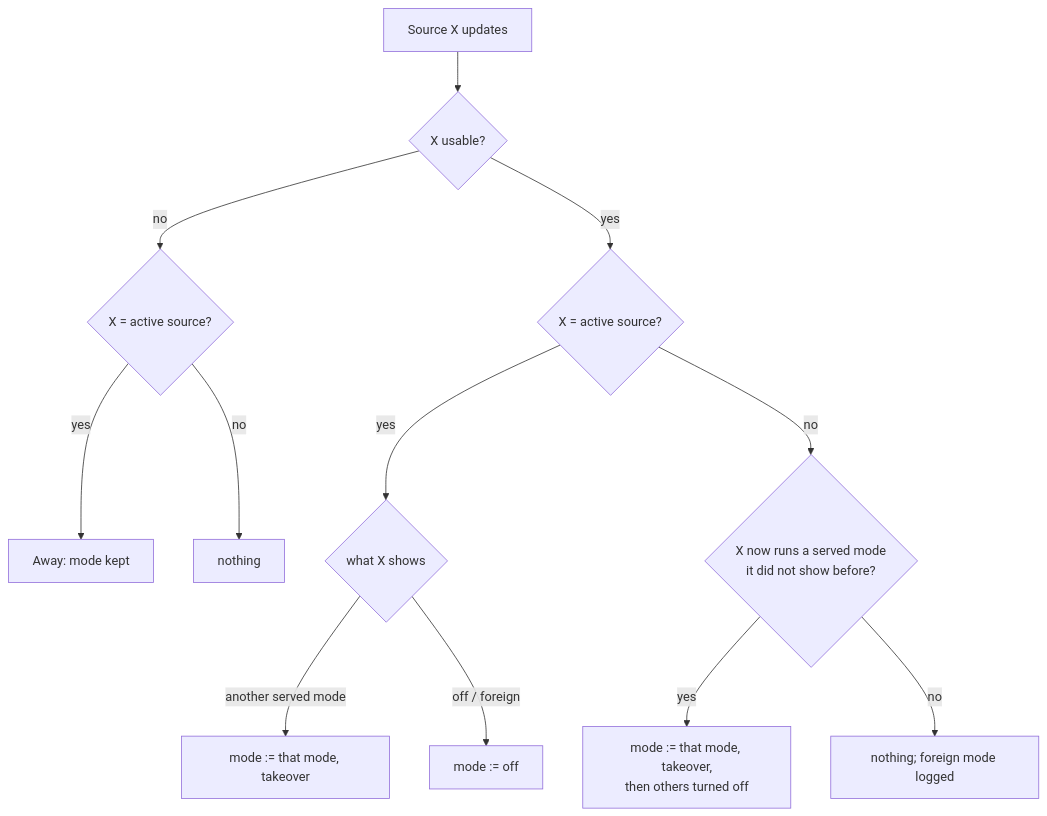
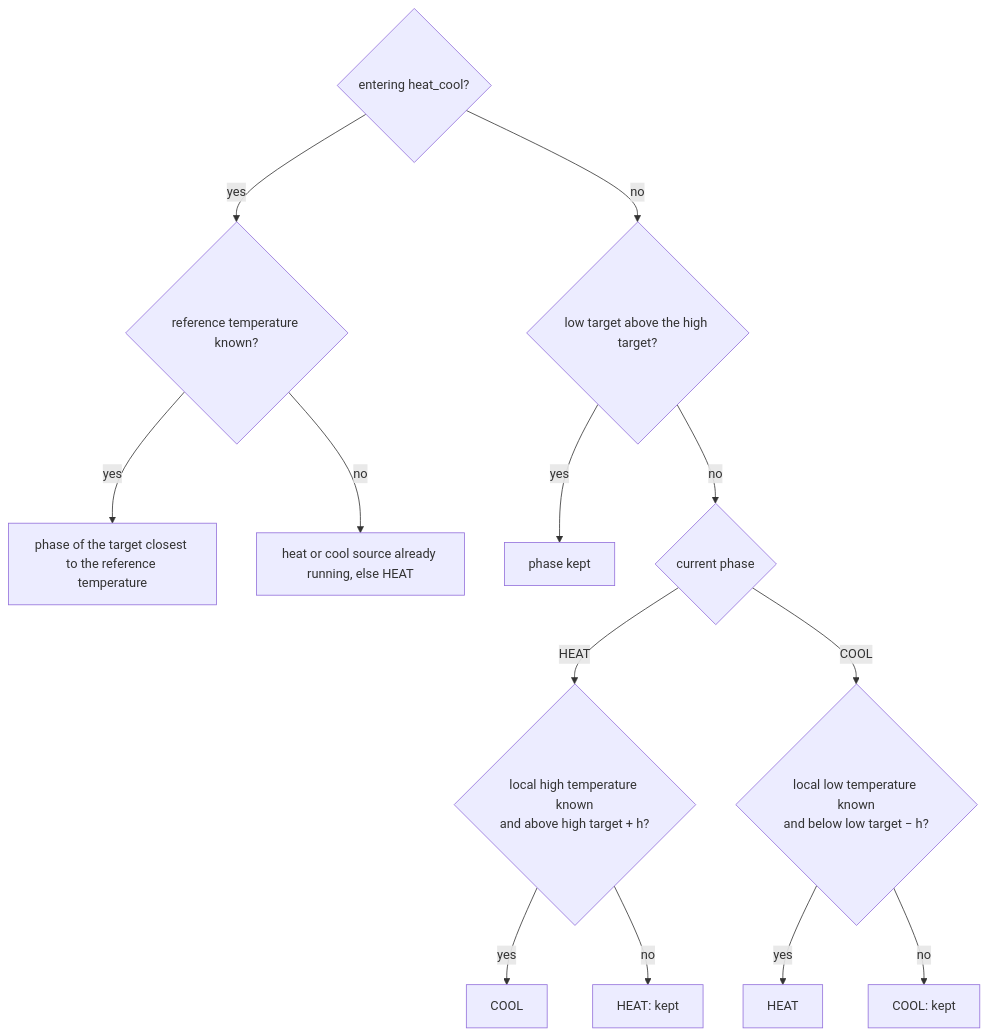
Before and after one commit to marsoupilami25/adaptative-climate: the tenth of 16 diagrams in SPEC.md, drawn with Mermaid. The commit also changed other lines of this file, not shown here.

Commit message:
spec phase 2

````diff
--- a/SPEC.md
+++ b/SPEC.md
@@ -921,14 +982,16 @@
 ```mermaid
 flowchart TD
-    U[Source X updates] --> A{X usable?}
-    A -- no --> A1{X = active source?}
-    A1 -- yes --> AW[Away: mode kept]
-    A1 -- no --> N[nothing]
-    A -- yes --> C{X = active source?}
-    C -- yes --> D{what X shows}
-    D -- another served mode --> TK[mode := that mode, takeover]
-    D -- off / foreign --> OF[mode := off]
-    C -- no --> E{X now runs a served mode<br/>it did not show before?}
-    E -- yes --> TK2[mode := that mode, takeover,<br/>then others turned off]
-    E -- no --> N3[nothing; foreign mode logged]
+    D{entering heat_cool?}
+    D -- yes --> F{reference temperature known?}
+    F -- yes --> G[phase of the target closest to the reference temperature]
+    F -- no --> I[heat or cool source already running, else HEAT]
+    D -- no --> L{low target above the high target?}
+    L -- yes --> KEEP[phase kept]
+    L -- no --> P{current phase}
+    P -- HEAT --> B{"local high temperature known<br/>and above high target + h?"}
+    B -- yes --> K[COOL]
+    B -- no --> H[HEAT: kept]
+    P -- COOL --> C{"local low temperature known<br/>and below low target − h?"}
+    C -- yes --> H2[HEAT]
+    C -- no --> K2[COOL: kept]
 ```
````
